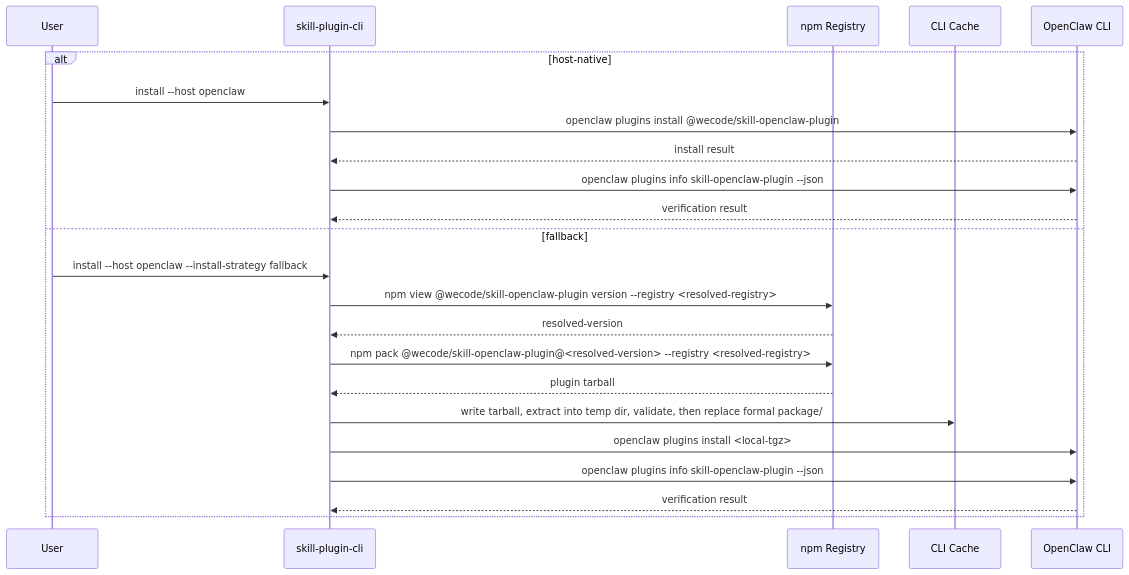
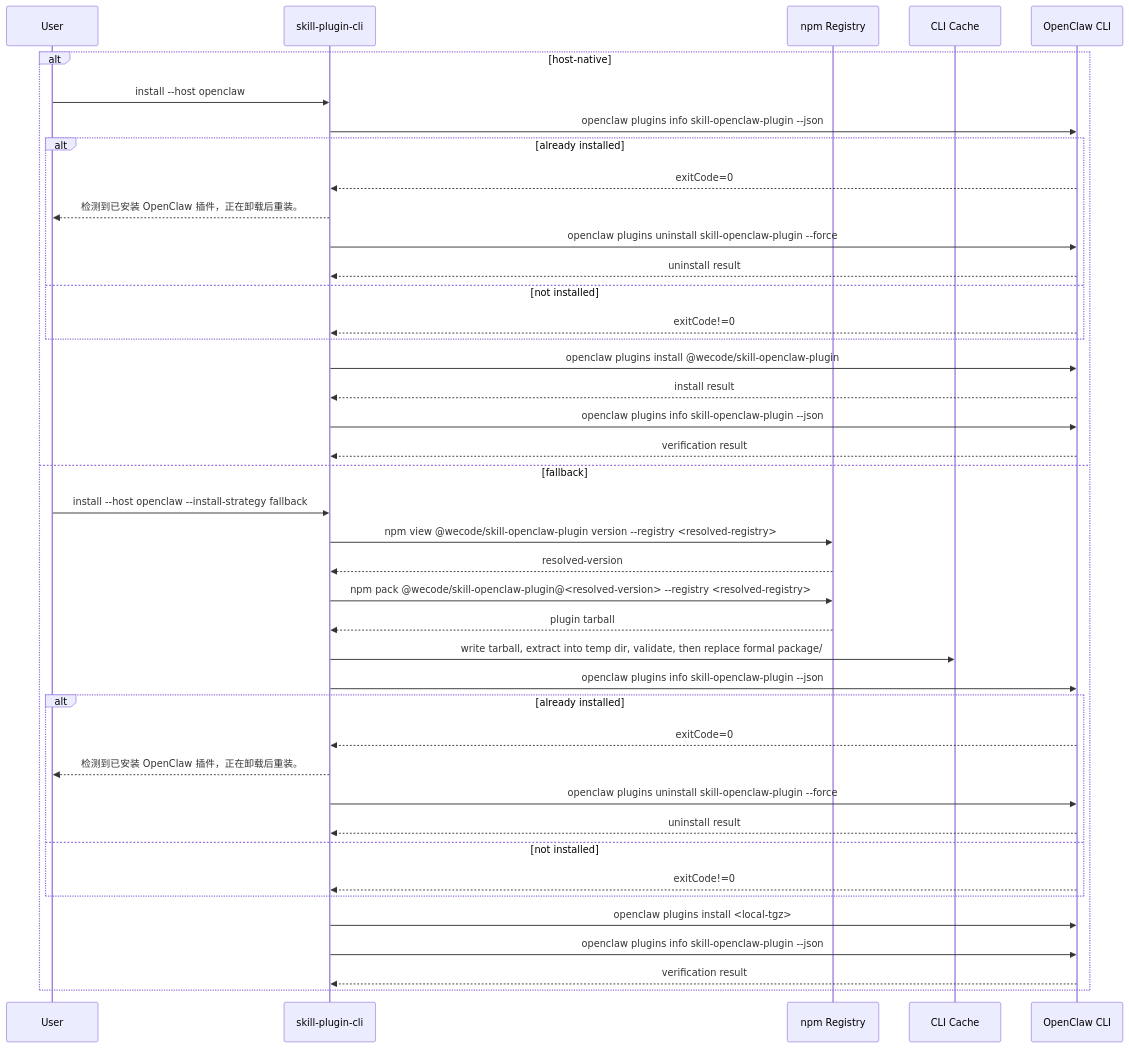
Before and after one commit to yuzhangCZ/agent-plugin: the third of 4 diagrams in docs/design/skill-plugin-cli-install-strategy-solution.md, drawn with Mermaid. The commit also changed other lines of this file and 10 other files, not shown here.

Commit message:
feat: support openclaw reinstall flow

````diff
--- a/docs/design/skill-plugin-cli-install-strategy-solution.md
+++ b/docs/design/skill-plugin-cli-install-strategy-solution.md
@@ -487,26 +492,44 @@
 ```mermaid
 sequenceDiagram
   participant U as User
   participant CLI as skill-plugin-cli
   participant REG as npm Registry
   participant C as CLI Cache
   participant OC as OpenClaw CLI
 
   alt host-native
     U->>CLI: install --host openclaw
+    CLI->>OC: openclaw plugins info skill-openclaw-plugin --json
+    alt already installed
+      OC-->>CLI: exitCode=0
+      CLI-->>U: 检测到已安装 OpenClaw 插件，正在卸载后重装。
+      CLI->>OC: openclaw plugins uninstall skill-openclaw-plugin --force
+      OC-->>CLI: uninstall result
+    else not installed
+      OC-->>CLI: exitCode!=0
+    end
     CLI->>OC: openclaw plugins install @wecode/skill-openclaw-plugin
     OC-->>CLI: install result
     CLI->>OC: openclaw plugins info skill-openclaw-plugin --json
     OC-->>CLI: verification result
   else fallback
     U->>CLI: install --host openclaw --install-strategy fallback
     CLI->>REG: npm view @wecode/skill-openclaw-plugin version --registry <resolved-registry>
     REG-->>CLI: resolved-version
     CLI->>REG: npm pack @wecode/skill-openclaw-plugin@<resolved-version> --registry <resolved-registry>
     REG-->>CLI: plugin tarball
     CLI->>C: write tarball, extract into temp dir, validate, then replace formal package/
+    CLI->>OC: openclaw plugins info skill-openclaw-plugin --json
+    alt already installed
+      OC-->>CLI: exitCode=0
+      CLI-->>U: 检测到已安装 OpenClaw 插件，正在卸载后重装。
+      CLI->>OC: openclaw plugins uninstall skill-openclaw-plugin --force
+      OC-->>CLI: uninstall result
+    else not installed
+      OC-->>CLI: exitCode!=0
+    end
     CLI->>OC: openclaw plugins install <local-tgz>
     CLI->>OC: openclaw plugins info skill-openclaw-plugin --json
     OC-->>CLI: verification result
   end
 ```
````
